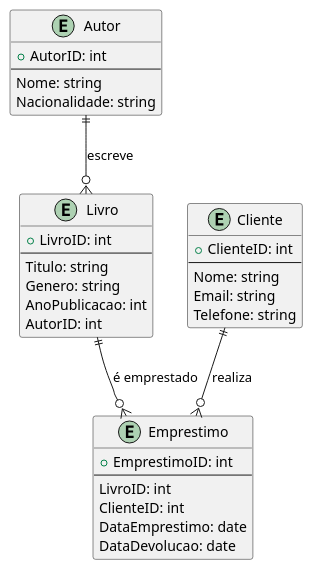
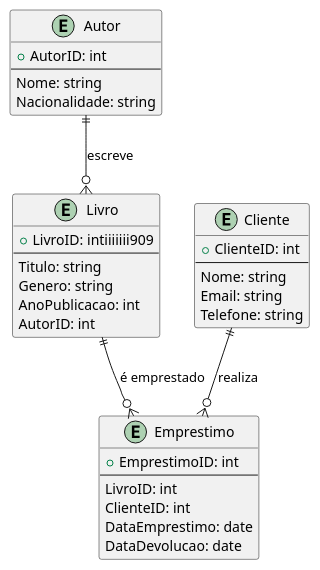
One commit to LeonardoVieiraGuimaraes/BancoDadosNP changed the diagram in Exericio/ModelagemLogica.plantuml. Above: the diagram before and after it, drawn with PlantUML.

Commit message:
Changes to be committed: 	modified:   Exericio/ModelagemLogica.plantuml

```diff
--- a/Exericio/ModelagemLogica.plantuml
+++ b/Exericio/ModelagemLogica.plantuml
@@ -1,38 +1,38 @@
 @startuml
 entity "Autor" as Autor {
   +AutorID: int
   --
   Nome: string
   Nacionalidade: string
 }
 
 entity "Livro" as Livro {
-  +LivroID: int
+  +LivroID: intiiiiiii909
   --
   Titulo: string
   Genero: string
   AnoPublicacao: int
   AutorID: int
 }
 
 entity "Cliente" as Cliente {
   +ClienteID: int
   --
   Nome: string
   Email: string
   Telefone: string
 }
 
 entity "Emprestimo" as Emprestimo {
   +EmprestimoID: int
   --
   LivroID: int
   ClienteID: int
   DataEmprestimo: date
   DataDevolucao: date
 }
 
 Autor ||--o{ Livro : "escreve"
 Livro ||--o{ Emprestimo : "é emprestado"
 Cliente ||--o{ Emprestimo : "realiza"
 @enduml
```
